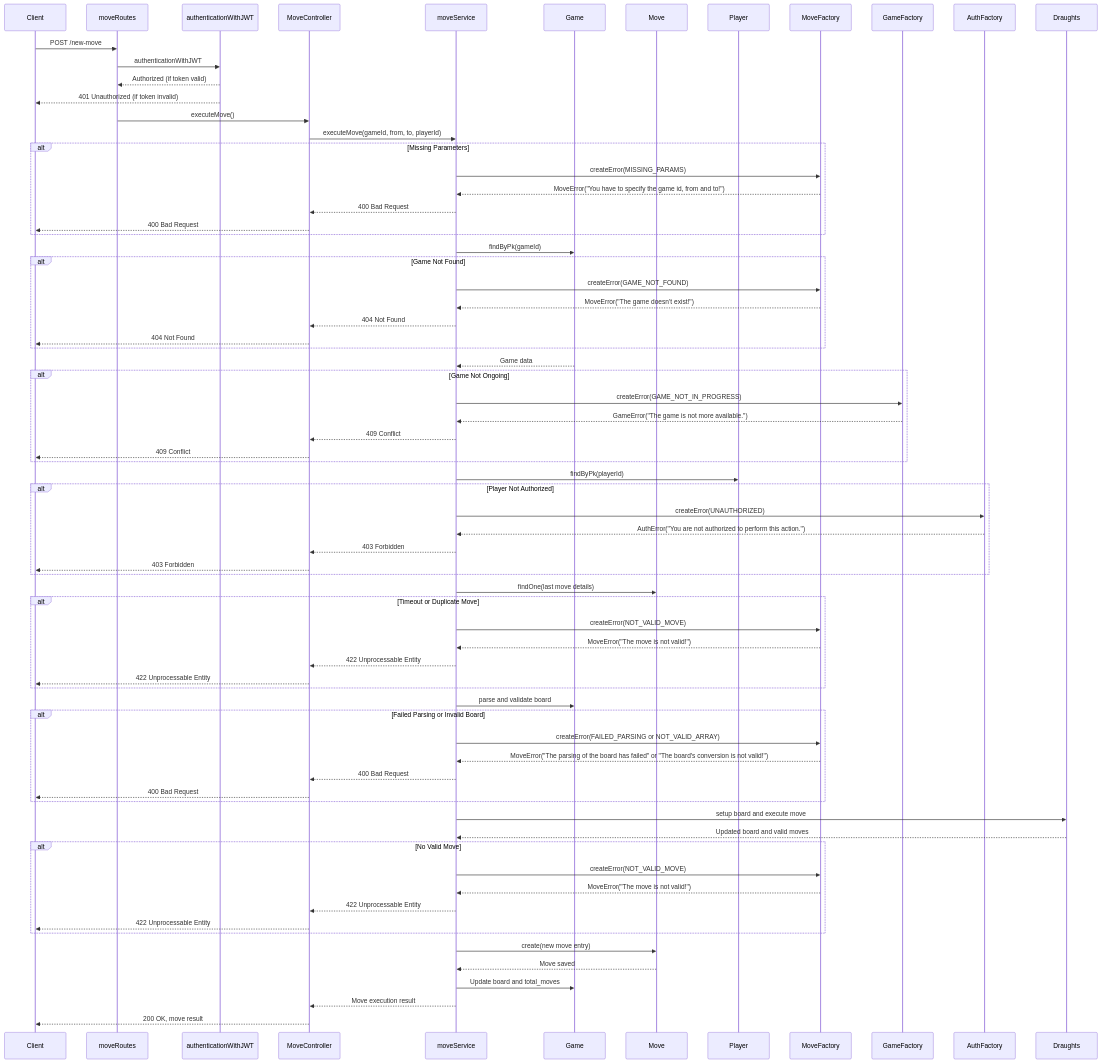
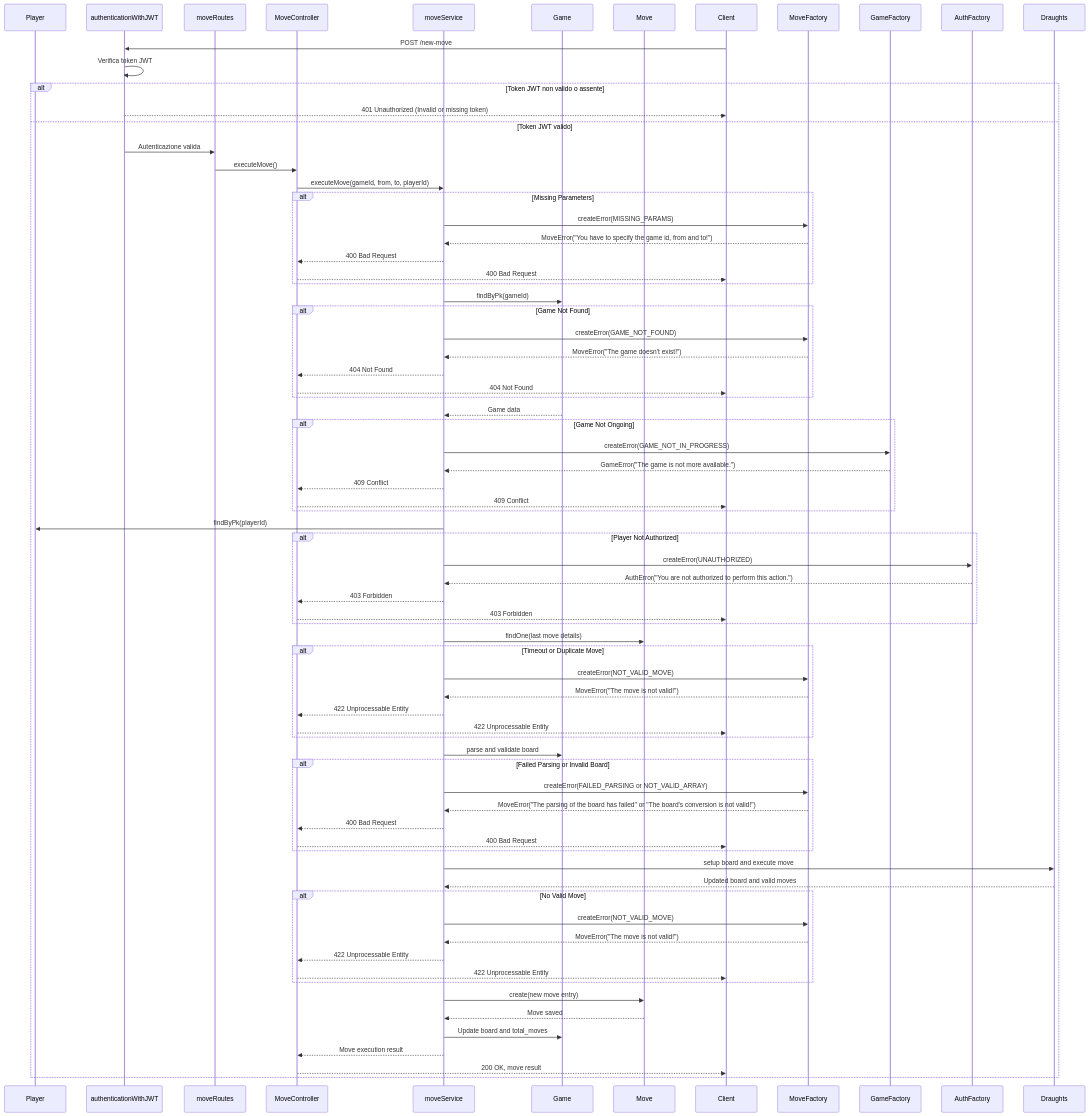
Before and after one commit to AndreaMarini01/progetto_PA: the fourth of 12 diagrams in README.md, drawn with Mermaid. The commit also changed other lines of this file, not shown here.

Commit message:
Revisione README fino a diagramma ER

````diff
--- a/README.md
+++ b/README.md
@@ -297,85 +297,87 @@
 ```mermaid
 sequenceDiagram
-    participant Client
+    actor Player as Player
+    participant JWTAuth as authenticationWithJWT
     participant MoveRoute as moveRoutes
-    participant JWTAuth as authenticationWithJWT
     participant MoveController as MoveController
     participant MoveService as moveService
     participant Game as Game
     participant Move as Move
     participant Player as Player
 
-    Client->>MoveRoute: POST /new-move
-    MoveRoute->>JWTAuth: authenticationWithJWT
-    JWTAuth-->>MoveRoute: Authorized (if token valid)
-    JWTAuth-->>Client: 401 Unauthorized (if token invalid)
+    Client->>JWTAuth: POST /new-move
+    JWTAuth->>JWTAuth: Verifica token JWT
+    alt Token JWT non valido o assente
+        JWTAuth-->>Client: 401 Unauthorized (Invalid or missing token)
+    else Token JWT valido
+        JWTAuth->>MoveRoute: Autenticazione valida
+        MoveRoute->>MoveController: executeMove()
+        MoveController->>MoveService: executeMove(gameId, from, to, playerId)
 
-    MoveRoute->>MoveController: executeMove()
-    MoveController->>MoveService: executeMove(gameId, from, to, playerId)
+        alt Missing Parameters
+            MoveService->>MoveFactory: createError(MISSING_PARAMS)
+            MoveFactory-->>MoveService: MoveError("You have to specify the game id, from and to!")
+            MoveService-->>MoveController: 400 Bad Request
+            MoveController-->>Client: 400 Bad Request
+        end
 
-    alt Missing Parameters
-        MoveService->>MoveFactory: createError(MISSING_PARAMS)
-        MoveFactory-->>MoveService: MoveError("You have to specify the game id, from and to!")
-        MoveService-->>MoveController: 400 Bad Request
-        MoveController-->>Client: 400 Bad Request
+        MoveService->>Game: findByPk(gameId)
+        alt Game Not Found
+            MoveService->>MoveFactory: createError(GAME_NOT_FOUND)
+            MoveFactory-->>MoveService: MoveError("The game doesn’t exist!")
+            MoveService-->>MoveController: 404 Not Found
+            MoveController-->>Client: 404 Not Found
+        end
+
+        Game-->>MoveService: Game data
+
+        alt Game Not Ongoing
+            MoveService->>GameFactory: createError(GAME_NOT_IN_PROGRESS)
+            GameFactory-->>MoveService: GameError("The game is not more available.")
+            MoveService-->>MoveController: 409 Conflict
+            MoveController-->>Client: 409 Conflict
+        end
+
+        MoveService->>Player: findByPk(playerId)
+        alt Player Not Authorized
+            MoveService->>AuthFactory: createError(UNAUTHORIZED)
+            AuthFactory-->>MoveService: AuthError("You are not authorized to perform this action.")
+            MoveService-->>MoveController: 403 Forbidden
+            MoveController-->>Client: 403 Forbidden
+        end
+
+        MoveService->>Move: findOne(last move details)
+        alt Timeout or Duplicate Move
+            MoveService->>MoveFactory: createError(NOT_VALID_MOVE)
+            MoveFactory-->>MoveService: MoveError("The move is not valid!")
+            MoveService-->>MoveController: 422 Unprocessable Entity
+            MoveController-->>Client: 422 Unprocessable Entity
+        end
+
+        MoveService->>Game: parse and validate board
+        alt Failed Parsing or Invalid Board
+            MoveService->>MoveFactory: createError(FAILED_PARSING or NOT_VALID_ARRAY)
+            MoveFactory-->>MoveService: MoveError("The parsing of the board has failed" or "The board's conversion is not valid!")
+            MoveService-->>MoveController: 400 Bad Request
+            MoveController-->>Client: 400 Bad Request
+        end
+
+        MoveService->>Draughts: setup board and execute move
+        Draughts-->>MoveService: Updated board and valid moves
+
+        alt No Valid Move
+            MoveService->>MoveFactory: createError(NOT_VALID_MOVE)
+            MoveFactory-->>MoveService: MoveError("The move is not valid!")
+            MoveService-->>MoveController: 422 Unprocessable Entity
+            MoveController-->>Client: 422 Unprocessable Entity
+        end
+
+        MoveService->>Move: create(new move entry)
+        Move-->>MoveService: Move saved
+
+        MoveService->>Game: Update board and total_moves
+        MoveService-->>MoveController: Move execution result
+        MoveController-->>Client: 200 OK, move result
     end
 
-    MoveService->>Game: findByPk(gameId)
-    alt Game Not Found
-        MoveService->>MoveFactory: createError(GAME_NOT_FOUND)
-        MoveFactory-->>MoveService: MoveError("The game doesn’t exist!")
-        MoveService-->>MoveController: 404 Not Found
-        MoveController-->>Client: 404 Not Found
-    end
-
-    Game-->>MoveService: Game data
-
-    alt Game Not Ongoing
-        MoveService->>GameFactory: createError(GAME_NOT_IN_PROGRESS)
-        GameFactory-->>MoveService: GameError("The game is not more available.")
-        MoveService-->>MoveController: 409 Conflict
-        MoveController-->>Client: 409 Conflict
-    end
-
-    MoveService->>Player: findByPk(playerId)
-    alt Player Not Authorized
-        MoveService->>AuthFactory: createError(UNAUTHORIZED)
-        AuthFactory-->>MoveService: AuthError("You are not authorized to perform this action.")
-        MoveService-->>MoveController: 403 Forbidden
-        MoveController-->>Client: 403 Forbidden
-    end
-
-    MoveService->>Move: findOne(last move details)
-    alt Timeout or Duplicate Move
-        MoveService->>MoveFactory: createError(NOT_VALID_MOVE)
-        MoveFactory-->>MoveService: MoveError("The move is not valid!")
-        MoveService-->>MoveController: 422 Unprocessable Entity
-        MoveController-->>Client: 422 Unprocessable Entity
-    end
-
-    MoveService->>Game: parse and validate board
-    alt Failed Parsing or Invalid Board
-        MoveService->>MoveFactory: createError(FAILED_PARSING or NOT_VALID_ARRAY)
-        MoveFactory-->>MoveService: MoveError("The parsing of the board has failed" or "The board's conversion is not valid!")
-        MoveService-->>MoveController: 400 Bad Request
-        MoveController-->>Client: 400 Bad Request
-    end
-
-    MoveService->>Draughts: setup board and execute move
-    Draughts-->>MoveService: Updated board and valid moves
-
-    alt No Valid Move
-        MoveService->>MoveFactory: createError(NOT_VALID_MOVE)
-        MoveFactory-->>MoveService: MoveError("The move is not valid!")
-        MoveService-->>MoveController: 422 Unprocessable Entity
-        MoveController-->>Client: 422 Unprocessable Entity
-    end
-
-    MoveService->>Move: create(new move entry)
-    Move-->>MoveService: Move saved
-
-    MoveService->>Game: Update board and total_moves
-    MoveService-->>MoveController: Move execution result
-    MoveController-->>Client: 200 OK, move result
-
 ```
````
